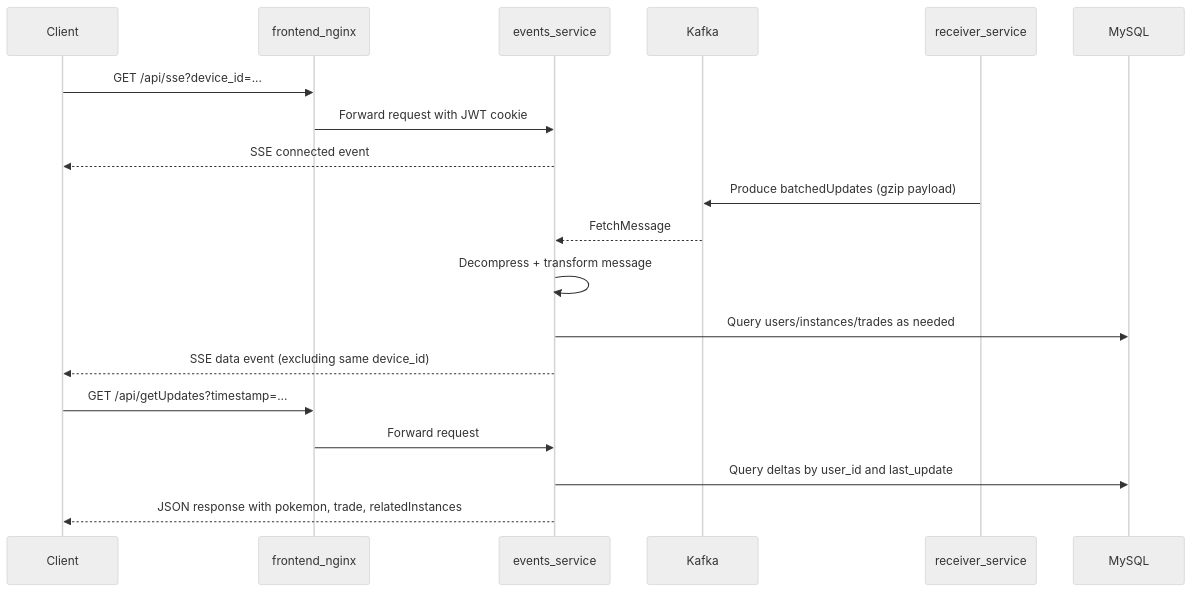
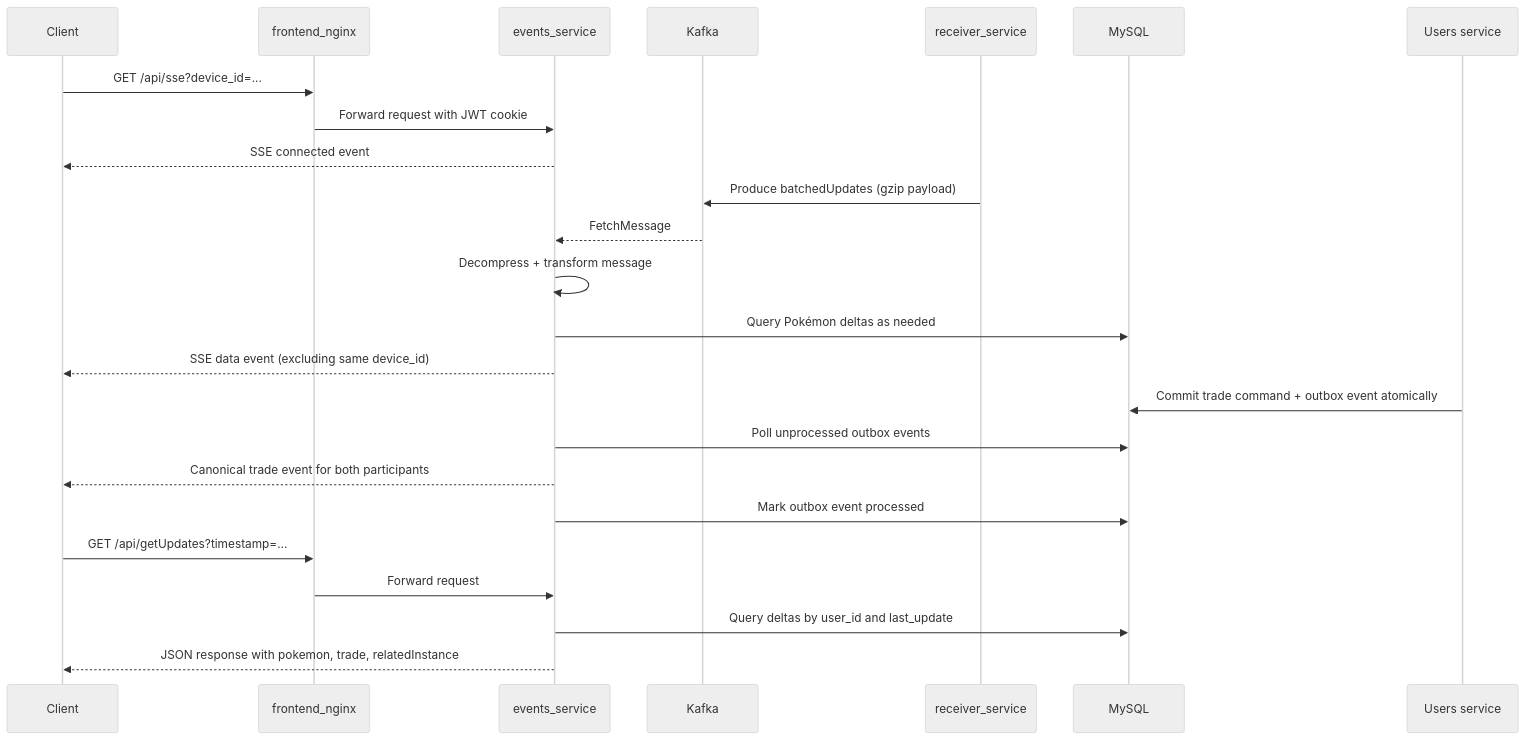
One commit to AdamWentworth/Go changed the second of 3 diagrams in reader/events/README.md. Above: the diagram before and after it, drawn with Mermaid (neutral theme). The commit also changed other lines of this file and 20 other files, not shown here.

Commit message:
feat(trades): broadcast authoritative updates via outbox

````diff
--- a/reader/events/README.md
+++ b/reader/events/README.md
@@ -70,24 +74,30 @@
 ```mermaid
 sequenceDiagram
   participant C as Client
   participant N as frontend_nginx
   participant E as events_service
   participant K as Kafka
   participant R as receiver_service
   participant D as MySQL
+  participant U as Users service
 
   C->>N: GET /api/sse?device_id=...
   N->>E: Forward request with JWT cookie
   E-->>C: SSE connected event
 
   R->>K: Produce batchedUpdates (gzip payload)
   K-->>E: FetchMessage
   E->>E: Decompress + transform message
-  E->>D: Query users/instances/trades as needed
+  E->>D: Query Pokémon deltas as needed
   E-->>C: SSE data event (excluding same device_id)
+
+  U->>D: Commit trade command + outbox event atomically
+  E->>D: Poll unprocessed outbox events
+  E-->>C: Canonical trade event for both participants
+  E->>D: Mark outbox event processed
 
   C->>N: GET /api/getUpdates?timestamp=...
   N->>E: Forward request
   E->>D: Query deltas by user_id and last_update
-  E-->>C: JSON response with pokemon, trade, relatedInstances
+  E-->>C: JSON response with pokemon, trade, relatedInstance
 ```
````
